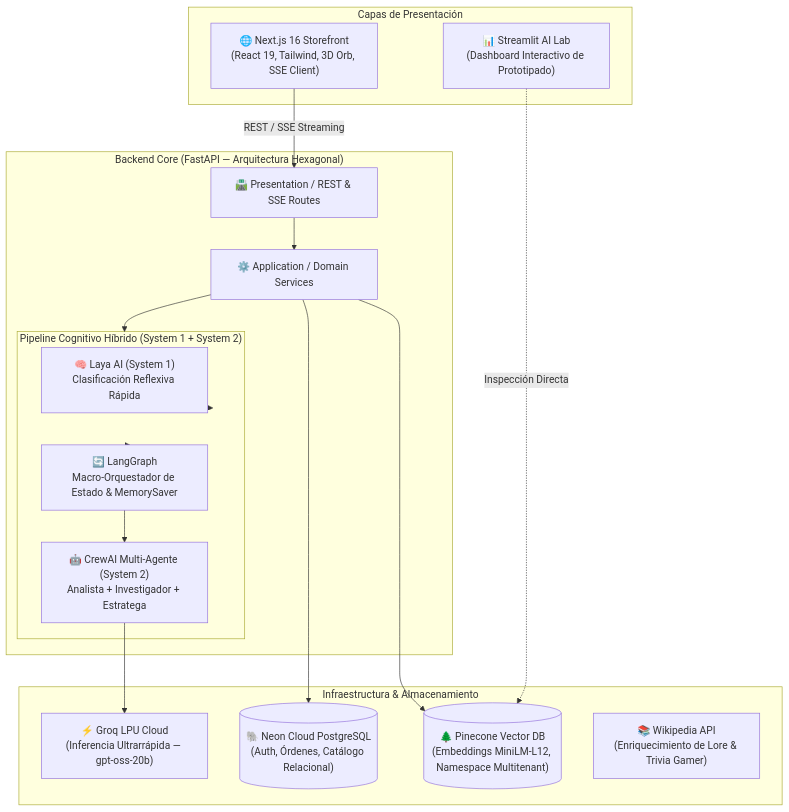
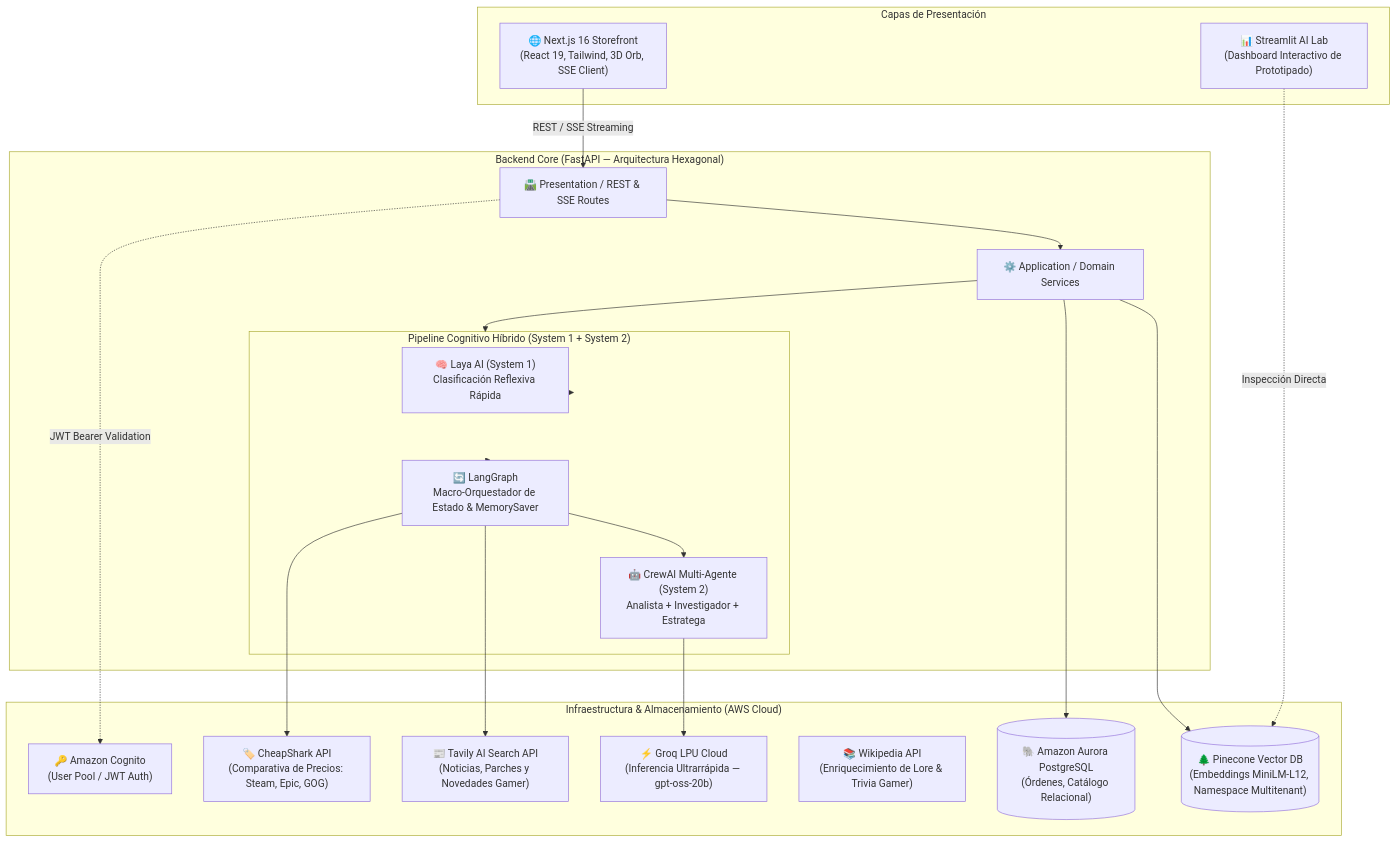
Before and after one commit to BeoGonzalez/nexus-digital-store: the diagram in README.md, drawn with Mermaid. The commit also changed other lines of this file and 128 other files, not shown here.

````diff
--- a/README.md
+++ b/README.md
@@ -11,36 +11,42 @@
 ```mermaid
 flowchart TB
     subgraph Clients ["Capas de Presentación"]
         Storefront["🌐 Next.js 16 Storefront\n(React 19, Tailwind, 3D Orb, SSE Client)"]
         StreamlitApp["📊 Streamlit AI Lab\n(Dashboard Interactivo de Prototipado)"]
     end
 
     subgraph API ["Backend Core (FastAPI — Arquitectura Hexagonal)"]
         Router["🛣️ Presentation / REST & SSE Routes"]
         Services["⚙️ Application / Domain Services"]
         
         subgraph AI_Pipeline ["Pipeline Cognitivo Híbrido (System 1 + System 2)"]
             Laya["🧠 Laya AI (System 1)\nClasificación Reflexiva Rápida"]
             LangGraph["🔄 LangGraph\nMacro-Orquestador de Estado & MemorySaver"]
             CrewAI["🤖 CrewAI Multi-Agente (System 2)\nAnalista + Investigador + Estratega"]
         end
     end
 
-    subgraph Infrastructure ["Infraestructura & Almacenamiento"]
-        NeonDB[("🐘 Neon Cloud PostgreSQL\n(Auth, Órdenes, Catálogo Relacional)")]
+    subgraph Infrastructure ["Infraestructura & Almacenamiento (AWS Cloud)"]
+        AuroraDB[("🐘 Amazon Aurora PostgreSQL\n(Órdenes, Catálogo Relacional)")]
+        Cognito["🔑 Amazon Cognito\n(User Pool / JWT Auth)"]
         Pinecone[("🌲 Pinecone Vector DB\n(Embeddings MiniLM-L12, Namespace Multitenant)")]
         Groq["⚡ Groq LPU Cloud\n(Inferencia Ultrarrápida — gpt-oss-20b)"]
         Wiki["📚 Wikipedia API\n(Enriquecimiento de Lore & Trivia Gamer)"]
+        Tavily["📰 Tavily AI Search API\n(Noticias, Parches y Novedades Gamer)"]
+        CheapShark["🏷️ CheapShark API\n(Comparativa de Precios: Steam, Epic, GOG)"]
     end
 
     Storefront -->|REST / SSE Streaming| Router
     StreamlitApp -.->|Inspección Directa| Pinecone
     Router --> Services
     Services --> AI_Pipeline
     AI_Pipeline --> Laya
     AI_Pipeline --> LangGraph
     LangGraph --> CrewAI
+    LangGraph --> Tavily
+    LangGraph --> CheapShark
     Services --> Pinecone
-    Services --> NeonDB
+    Services --> AuroraDB
+    Router -.->|JWT Bearer Validation| Cognito
     CrewAI --> Groq
 ```
````
